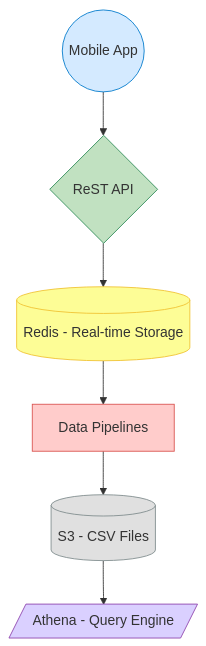
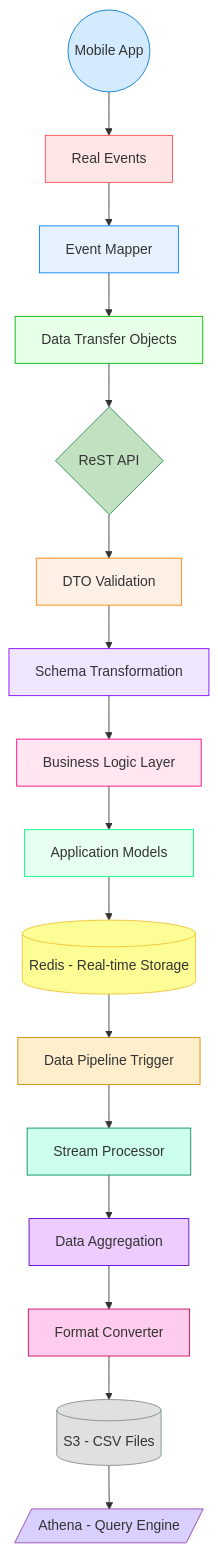
One commit to Ensign-College/csai381-content changed the diagram in ActiveEdgeArchitecture.md. Above: the diagram before and after it, drawn with Mermaid.

Commit message:
Enhance with details

````diff
--- a/ActiveEdgeArchitecture.md
+++ b/ActiveEdgeArchitecture.md
@@ -1,18 +1,48 @@
 ```mermaid
 flowchart TD
-    A((Mobile App)) --> B{ReST API}
-    B --> C[("Redis - Real-time Storage")]
-    C --> D["Data Pipelines"]
-    D --> E[("S3 - CSV Files")]
+    %% Mobile App Flow
+    A((Mobile App)) --> A1[Real Events]
+    A1 --> A2[Event Mapper]
+    A2 --> A3[Data Transfer Objects]
+    A3 --> B{ReST API}
+    
+    %% ReST API Complex Schema Processing
+    B --> B1[DTO Validation]
+    B1 --> B2[Schema Transformation]
+    B2 --> B3[Business Logic Layer]
+    B3 --> B4[Application Models]
+    B4 --> C[("Redis - Real-time Storage")]
+    
+    %% Separate Pipeline Flow
+    C --> P1[Data Pipeline Trigger]
+    P1 --> P2[Stream Processor]
+    P2 --> P3[Data Aggregation]
+    P3 --> P4[Format Converter]
+    P4 --> E[("S3 - CSV Files")]
     E --> F[/"Athena - Query Engine"/]
-
+    
+    %% Styling
     style A fill:#d4eaff,stroke:#007acc
     style B fill:#c1e1c1,stroke:#2e8b57
     style C fill:#fdfd96,stroke:#f1c232
-    style D fill:#ffcccb,stroke:#d9534f
     style E fill:#e0e0e0,stroke:#7f8c8d
     style F fill:#dad0ff,stroke:#8e44ad
+    
+    %% Transformation stages styling
+    style A1 fill:#ffe6e6,stroke:#ff4d4d
+    style A2 fill:#e6f3ff,stroke:#0080ff
+    style A3 fill:#e6ffe6,stroke:#00b300
+    style B1 fill:#fff0e6,stroke:#ff8000
+    style B2 fill:#f0e6ff,stroke:#8000ff
+    style B3 fill:#ffe6f0,stroke:#ff0080
+    style B4 fill:#e6fff0,stroke:#00ff80
+    
+    %% Pipeline styling
+    style P1 fill:#ffeecc,stroke:#cc8800
+    style P2 fill:#ccffee,stroke:#008855
+    style P3 fill:#eeccff,stroke:#5500cc
+    style P4 fill:#ffccee,stroke:#cc0055
 
     click A href "https://developer.apple.com/design/human-interface-guidelines/workouts" _blank
     click E href "https://us-west-1.console.aws.amazon.com/s3/buckets/csai381-data" _blank
 ```
````
